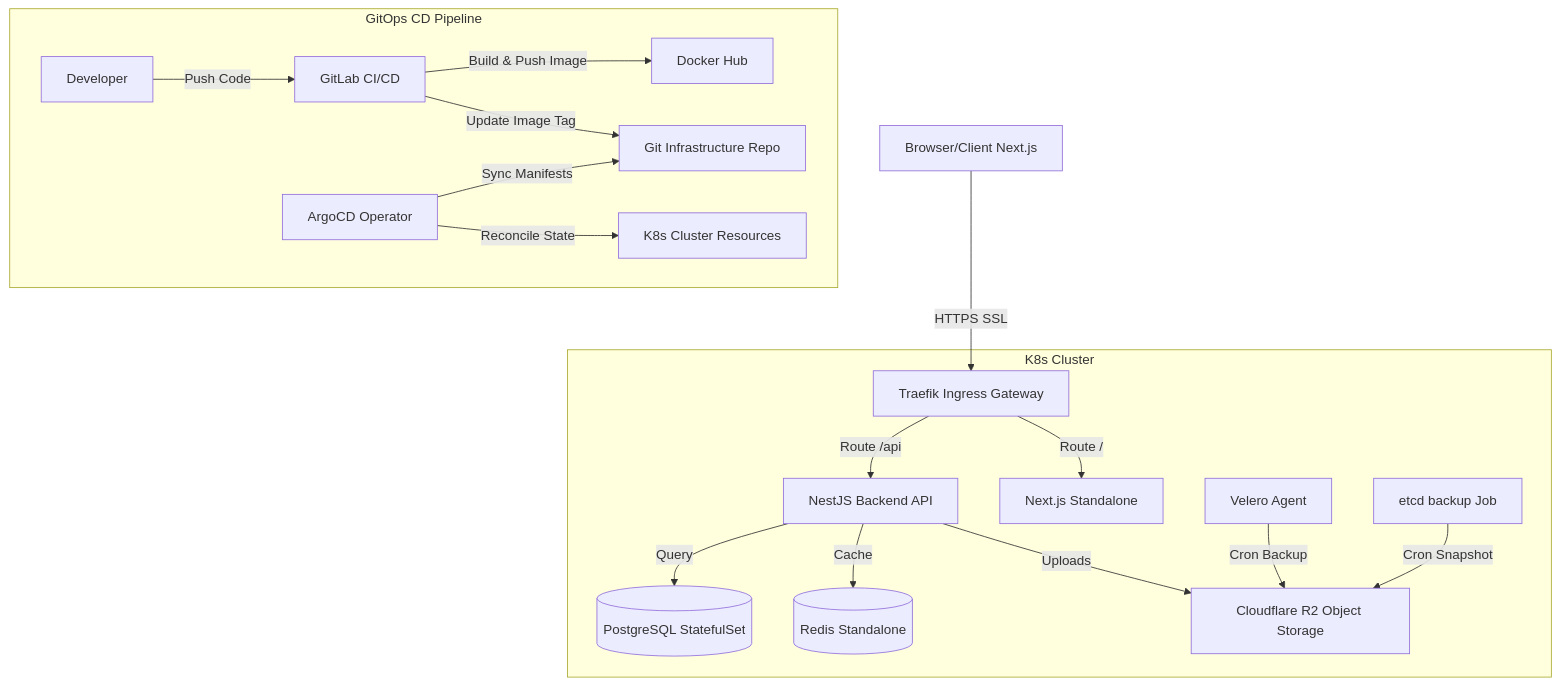
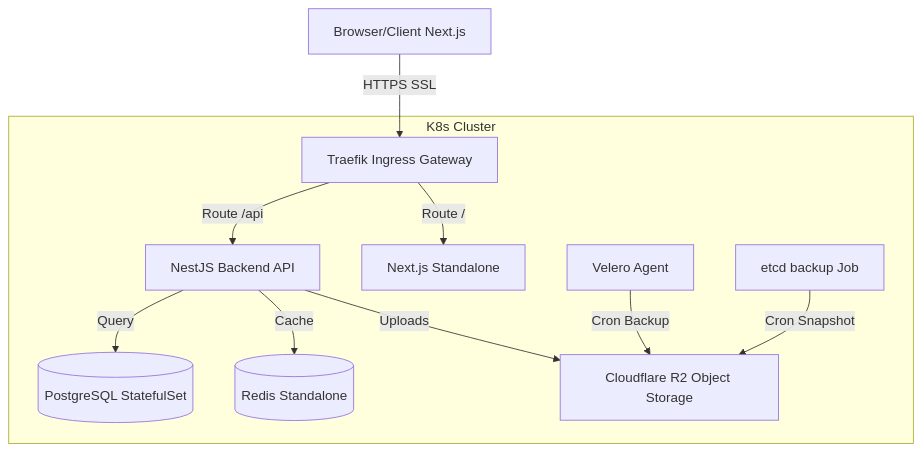
The second of 2 diagrams in README.md (luudinhmac/myweb-profile-blog), drawn with Mermaid before and after one commit. The commit also changed other lines of this file, not shown here.

Commit message:
docs(readme): split system architecture diagram into two separate diagrams

````diff
--- a/README.md
+++ b/README.md
@@ -23,20 +34,13 @@
 ```mermaid
 graph TD
     Client[Browser/Client Next.js] -->|HTTPS SSL| Ingress[Traefik Ingress Gateway]
     subgraph K8s Cluster
         Ingress -->|Route /api| Backend[NestJS Backend API]
         Ingress -->|Route /| Frontend[Next.js Standalone]
         Backend -->|Query| DB[(PostgreSQL StatefulSet)]
         Backend -->|Cache| Redis[(Redis Standalone)]
         Backend -->|Uploads| R2[Cloudflare R2 Object Storage]
         Velero[Velero Agent] -->|Cron Backup| R2
         etcd[etcd backup Job] -->|Cron Snapshot| R2
     end
-    subgraph GitOps CD Pipeline
-        Dev[Developer] -->|Push Code| GitLab[GitLab CI/CD]
-        GitLab -->|Build & Push Image| DockerHub[Docker Hub]
-        GitLab -->|Update Image Tag| GitInfra[Git Infrastructure Repo]
-        ArgoCD[ArgoCD Operator] -->|Sync Manifests| GitInfra
-        ArgoCD -->|Reconcile State| K8sCluster[K8s Cluster Resources]
-    end
 ```
````
